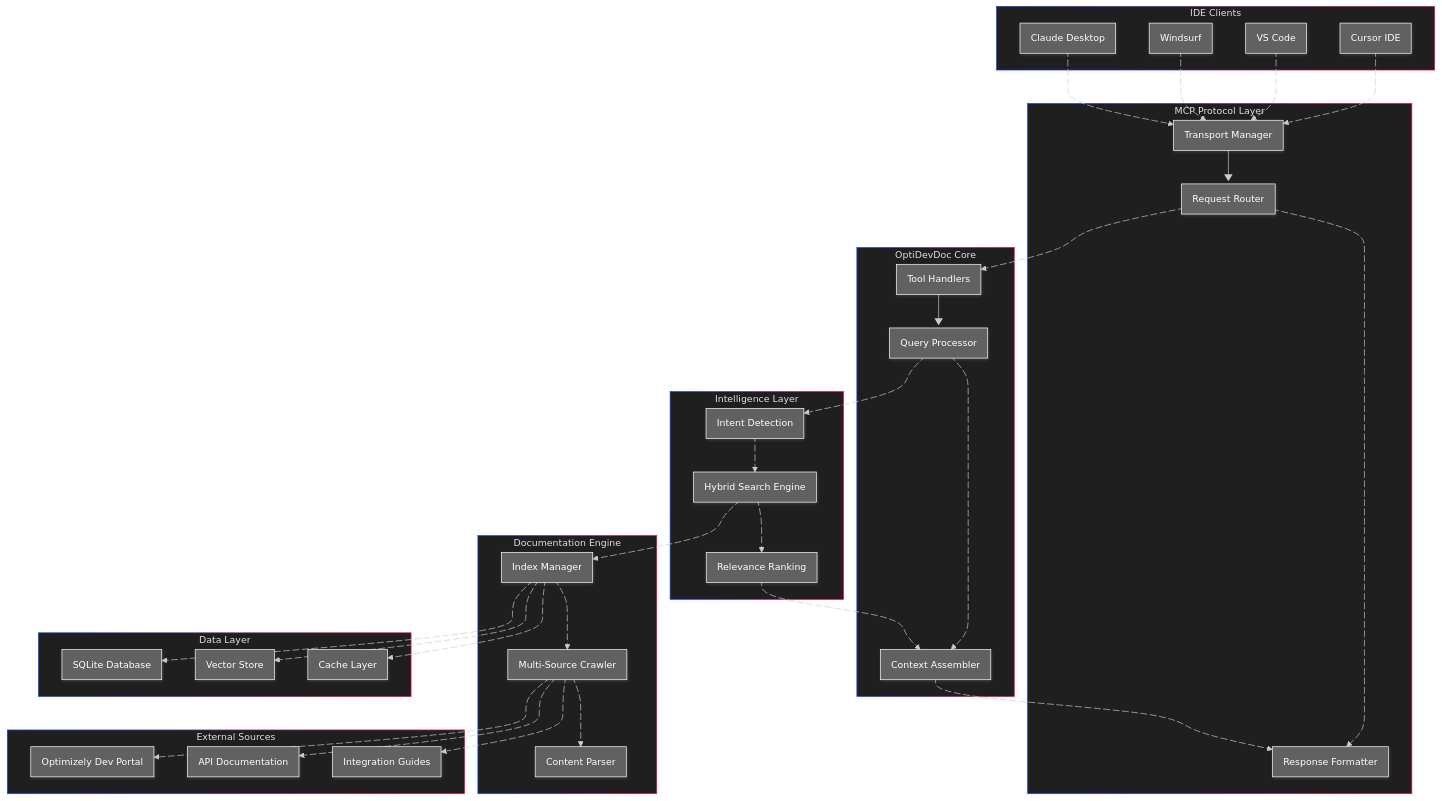
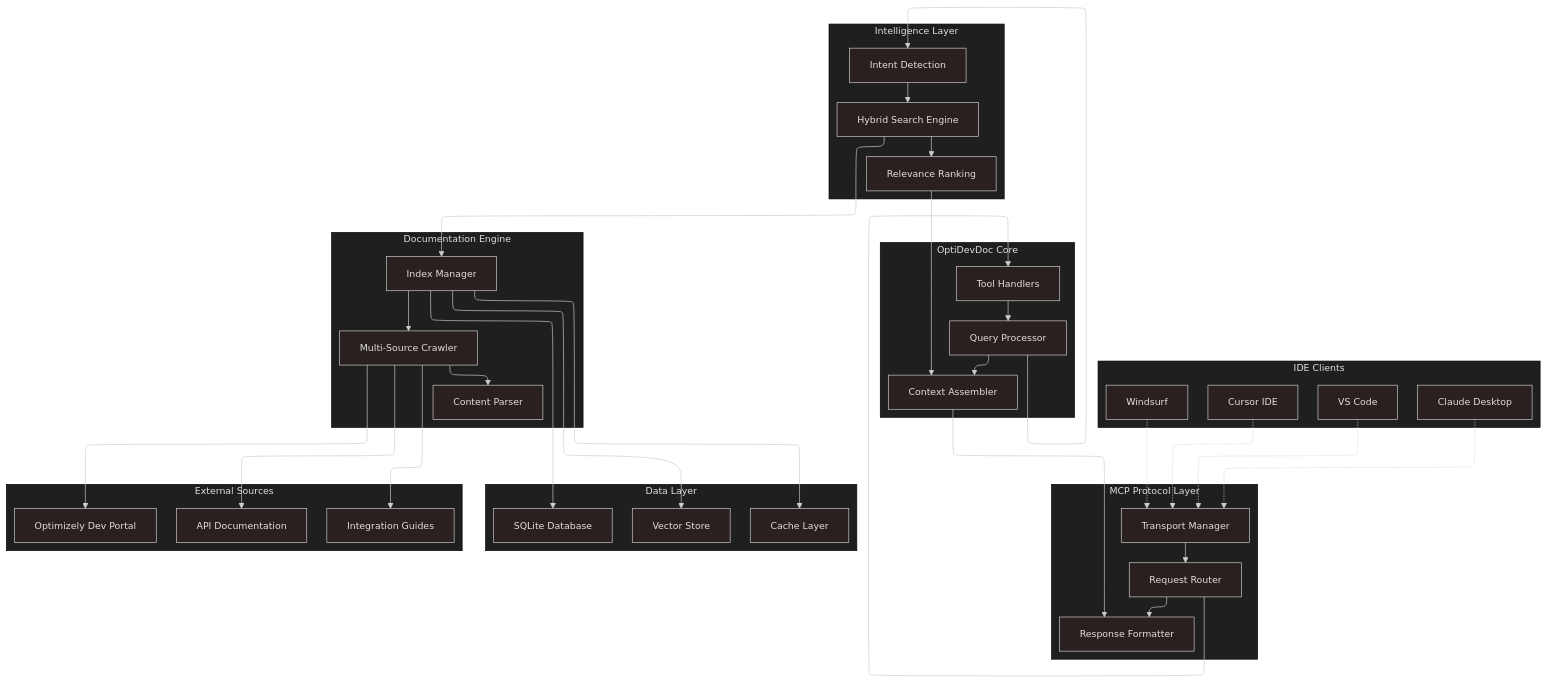
The diagram in assets/OptiDevDoc_Arch_1.mmd (biswajitpanday/Optivise), drawn with Mermaid before and after one commit. The commit also changed 8 other files, not shown here.

```diff
--- a/assets/OptiDevDoc_Arch_1.mmd
+++ b/assets/OptiDevDoc_Arch_1.mmd
@@ -1,103 +1,56 @@
 ---
 config:
-  layout: fixed
-  look: neo
   theme: neo-dark
+  layout: elk
 ---
 flowchart TB
  subgraph subGraph0["IDE Clients"]
         A["Cursor IDE"]
         B["VS Code"]
         C["Windsurf"]
         D["Claude Desktop"]
   end
  subgraph subGraph1["MCP Protocol Layer"]
         E["Transport Manager"]
         F["Request Router"]
         G["Response Formatter"]
   end
  subgraph subGraph2["OptiDevDoc Core"]
         H["Tool Handlers"]
         I["Query Processor"]
         J["Context Assembler"]
   end
  subgraph subGraph3["Intelligence Layer"]
         K["Intent Detection"]
         L["Hybrid Search Engine"]
         M["Relevance Ranking"]
   end
  subgraph subGraph4["Documentation Engine"]
         N["Multi-Source Crawler"]
         O["Content Parser"]
         P["Index Manager"]
   end
  subgraph subGraph5["Data Layer"]
         Q["SQLite Database"]
         R["Vector Store"]
         S["Cache Layer"]
   end
  subgraph subGraph6["External Sources"]
         T["Optimizely Dev Portal"]
         U["API Documentation"]
         V["Integration Guides"]
   end
-    A L_A_E_0@-.-> E
-    B L_B_E_0@-.-> E
-    C L_C_E_0@-.-> E
-    D L_D_E_0@-.-> E
+    A -.-> E
+    B -.-> E
+    C -.-> E
+    D -.-> E
     E --> F
-    F L_F_G_0@--> G & H
+    F --> G & H
     H --> I
-    I L_I_J_0@--> J & K
-    K L_K_L_0@--> L
-    L L_L_M_0@--> M & P
-    M L_M_J_0@--> J
-    J L_J_G_0@--> G
-    P L_P_N_0@--> N & Q & R & S
-    N L_N_O_0@--> O & T & U & V
-     A:::node_style
-     B:::node_style
-     C:::node_style
-     D:::node_style
-     E:::node_style
-     F:::Sky
-     F:::node_style
-     G:::node_style
-     H:::node_style
-     I:::node_style
-     J:::node_style
-     K:::node_style
-     L:::node_style
-     M:::node_style
-     N:::node_style
-     O:::node_style
-     P:::node_style
-     Q:::node_style
-     R:::node_style
-     S:::node_style
-     T:::node_style
-     U:::node_style
-     V:::node_style
-    classDef Sky stroke-width:1px, stroke-dasharray:none, stroke:#374D7C, fill:#E2EBFF, color:#374D7C
-    classDef node_style fill:#616161, color:#FFFFFF, stroke:#FFFFFF
-    L_A_E_0@{ animation: slow } 
-    L_B_E_0@{ animation: slow } 
-    L_C_E_0@{ animation: slow } 
-    L_D_E_0@{ animation: slow } 
-    L_F_G_0@{ animation: slow } 
-    L_F_H_0@{ animation: slow } 
-    L_I_J_0@{ animation: slow } 
-    L_I_K_0@{ animation: slow } 
-    L_K_L_0@{ animation: slow } 
-    L_L_M_0@{ animation: slow } 
-    L_L_P_0@{ animation: slow } 
-    L_M_J_0@{ animation: slow } 
-    L_J_G_0@{ animation: slow } 
-    L_P_N_0@{ animation: slow } 
-    L_P_Q_0@{ animation: slow } 
-    L_P_R_0@{ animation: slow } 
-    L_P_S_0@{ animation: slow } 
-    L_N_O_0@{ animation: slow } 
-    L_N_T_0@{ animation: slow } 
-    L_N_U_0@{ animation: slow } 
-    L_N_V_0@{ animation: slow }
+    I --> J & K
+    K --> L
+    L --> M & P
+    M --> J
+    J --> G
+    P --> N & Q & R & S
+    N --> O & T & U & V
```
